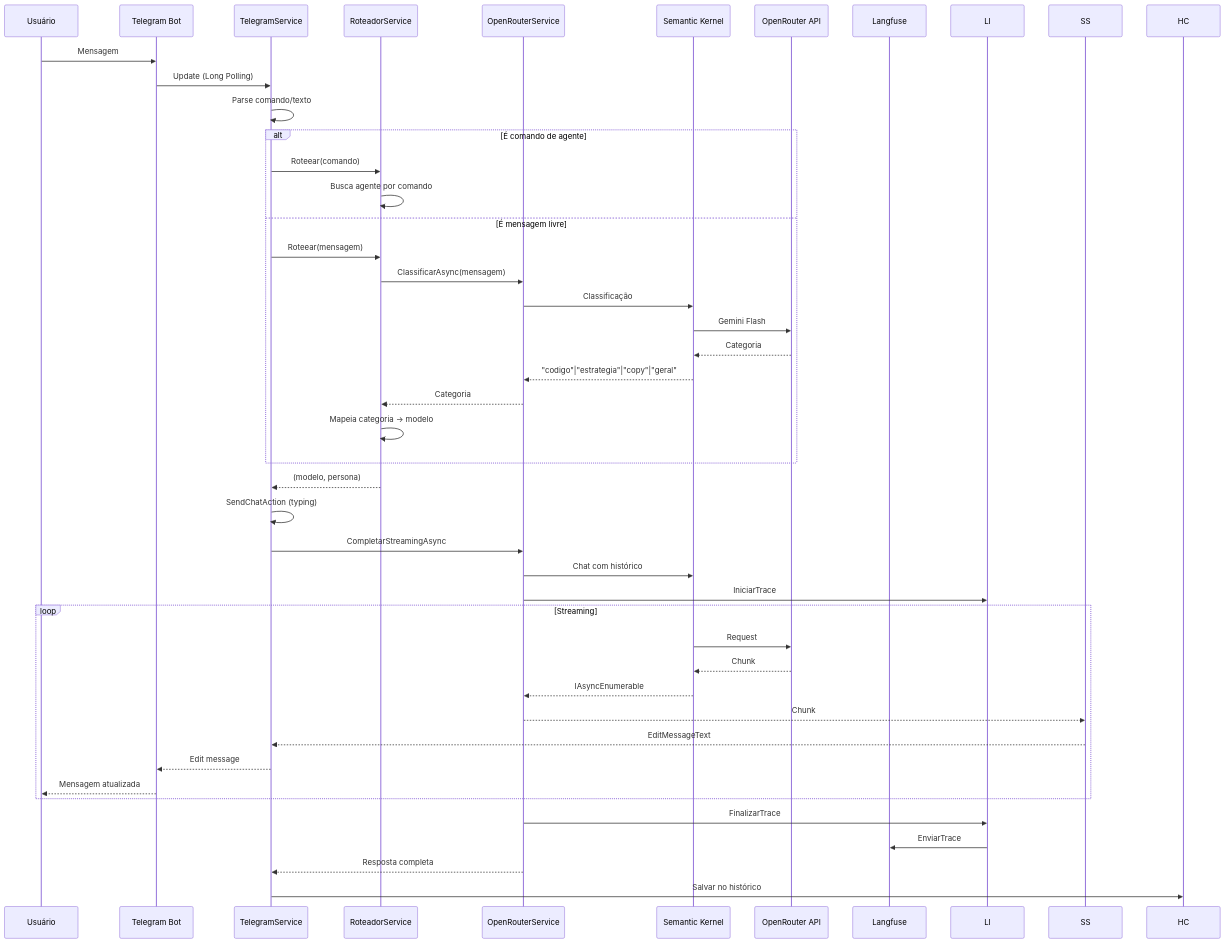
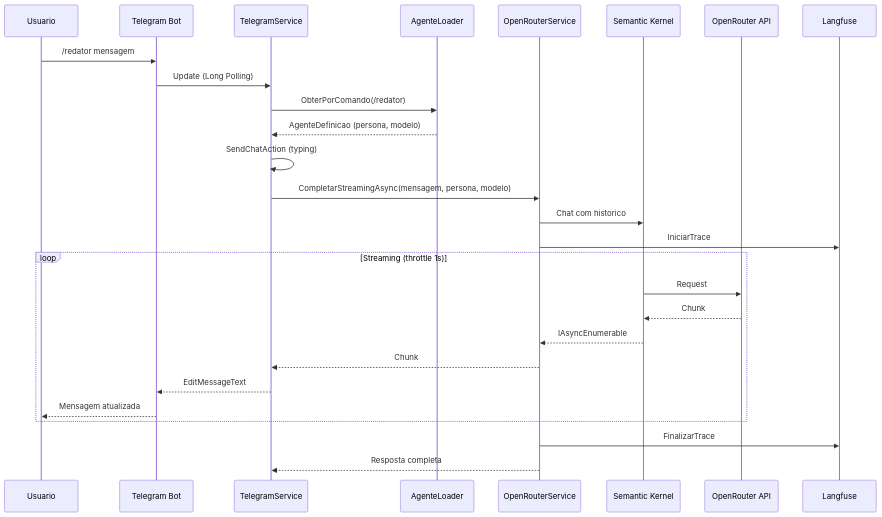
The sixth of 16 diagrams in docs/ARCHITECTURE.md (joaopedro-marques/suspira.fluxo.demo), drawn with Mermaid before and after one commit. The commit also changed other lines of this file, not shown here.

Commit message:
docs: reescrever ARCHITECTURE.md refletindo loop de orquestracao atual

````diff
--- a/docs/ARCHITECTURE.md
+++ b/docs/ARCHITECTURE.md
@@ -232,51 +249,33 @@
 ```mermaid
 sequenceDiagram
-    participant U as Usuário
+    participant U as Usuario
     participant T as Telegram Bot
     participant TS as TelegramService
-    participant RS as RoteadorService
+    participant AL as AgenteLoader
     participant OR as OpenRouterService
     participant SK as Semantic Kernel
     participant ORAPI as OpenRouter API
     participant LF as Langfuse
     
-    U->>T: Mensagem
+    U->>T: /redator mensagem
     T->>TS: Update (Long Polling)
-    TS->>TS: Parse comando/texto
-    
-    alt É comando de agente
-        TS->>RS: Roteear(comando)
-        RS->>RS: Busca agente por comando
-    else É mensagem livre
-        TS->>RS: Roteear(mensagem)
-        RS->>OR: ClassificarAsync(mensagem)
-        OR->>SK: Classificação
-        SK->>ORAPI: Gemini Flash
-        ORAPI-->>SK: Categoria
-        SK-->>OR: "codigo"|"estrategia"|"copy"|"geral"
-        OR-->>RS: Categoria
-        RS->>RS: Mapeia categoria → modelo
-    end
-    
-    RS-->>TS: (modelo, persona)
+    TS->>AL: ObterPorComando(/redator)
+    AL-->>TS: AgenteDefinicao (persona, modelo)
     
     TS->>TS: SendChatAction (typing)
-    TS->>OR: CompletarStreamingAsync
-    OR->>SK: Chat com histórico
-    OR->>LI: IniciarTrace
+    TS->>OR: CompletarStreamingAsync(mensagem, persona, modelo)
+    OR->>SK: Chat com historico
+    OR->>LF: IniciarTrace
     
-    loop Streaming
+    loop Streaming (throttle 1s)
         SK->>ORAPI: Request
         ORAPI-->>SK: Chunk
         SK-->>OR: IAsyncEnumerable
-        OR-->>SS: Chunk
-        SS-->>TS: EditMessageText
-        TS-->>T: Edit message
+        OR-->>TS: Chunk
+        TS-->>T: EditMessageText
         T-->>U: Mensagem atualizada
     end
     
-    OR->>LI: FinalizarTrace
-    LI->>LF: EnviarTrace
+    OR->>LF: FinalizarTrace
     OR-->>TS: Resposta completa
-    TS->>HC: Salvar no histórico
 ```
````
